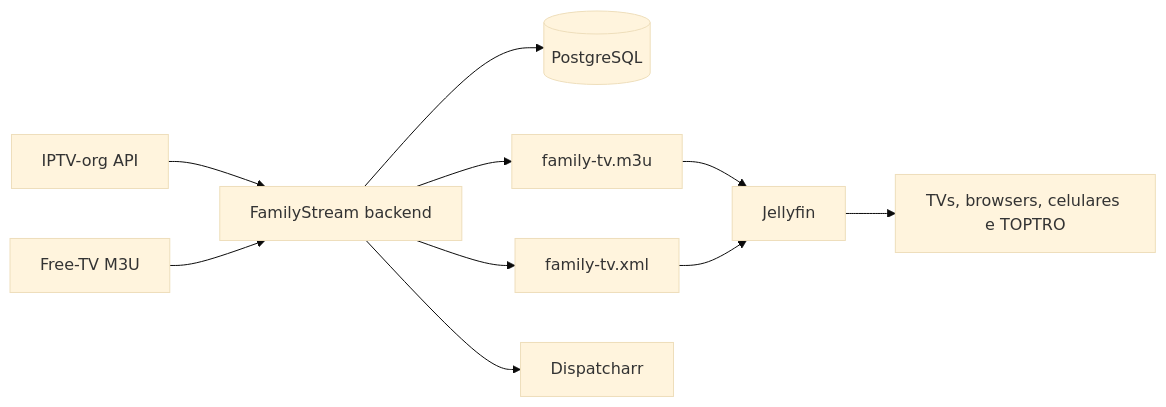
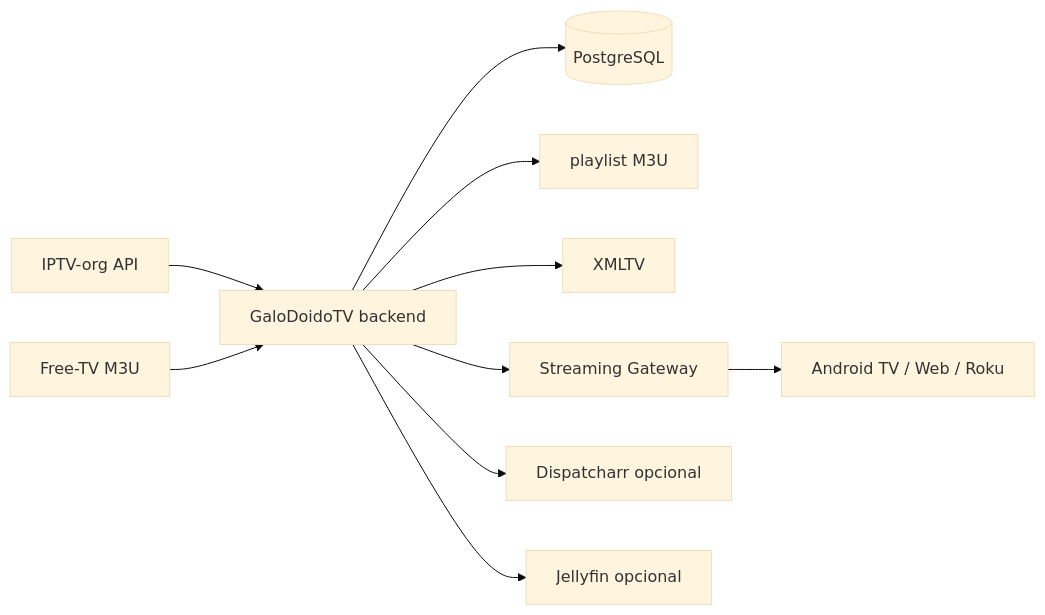
One commit to frittcat/IPTV changed the diagram in README.md. Above: the diagram before and after it, drawn with Mermaid (base theme). The commit also changed other lines of this file, not shown here.

Commit message:
brand: rename project documentation to GaloDoidoTV

````diff
--- a/README.md
+++ b/README.md
@@ -31,12 +31,12 @@
 ```mermaid
 flowchart LR
-  A[IPTV-org API] --> B[FamilyStream backend]
+  A[IPTV-org API] --> B[GaloDoidoTV backend]
   C[Free-TV M3U] --> B
   B --> D[(PostgreSQL)]
-  B --> E[family-tv.m3u]
-  B --> F[family-tv.xml]
-  B --> G[Dispatcharr]
-  E --> H[Jellyfin]
-  F --> H
-  H --> I[TVs, browsers, celulares e TOPTRO]
+  B --> E[playlist M3U]
+  B --> F[XMLTV]
+  B --> G[Streaming Gateway]
+  G --> H[Android TV / Web / Roku]
+  B --> I[Dispatcharr opcional]
+  B --> J[Jellyfin opcional]
 ```
````
